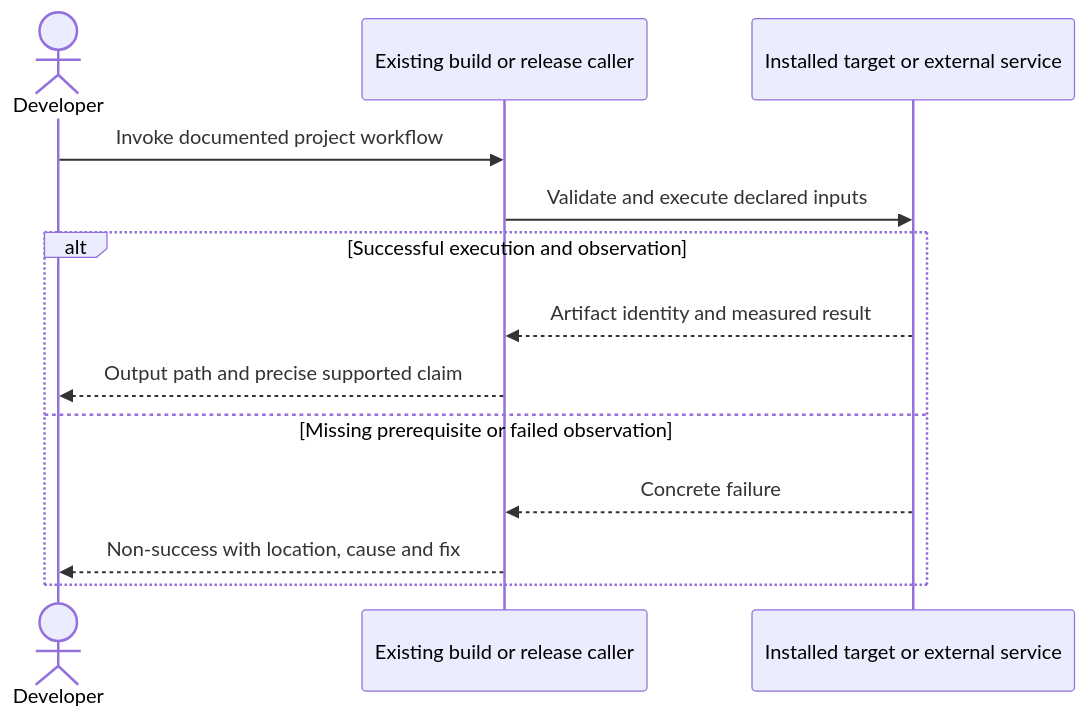
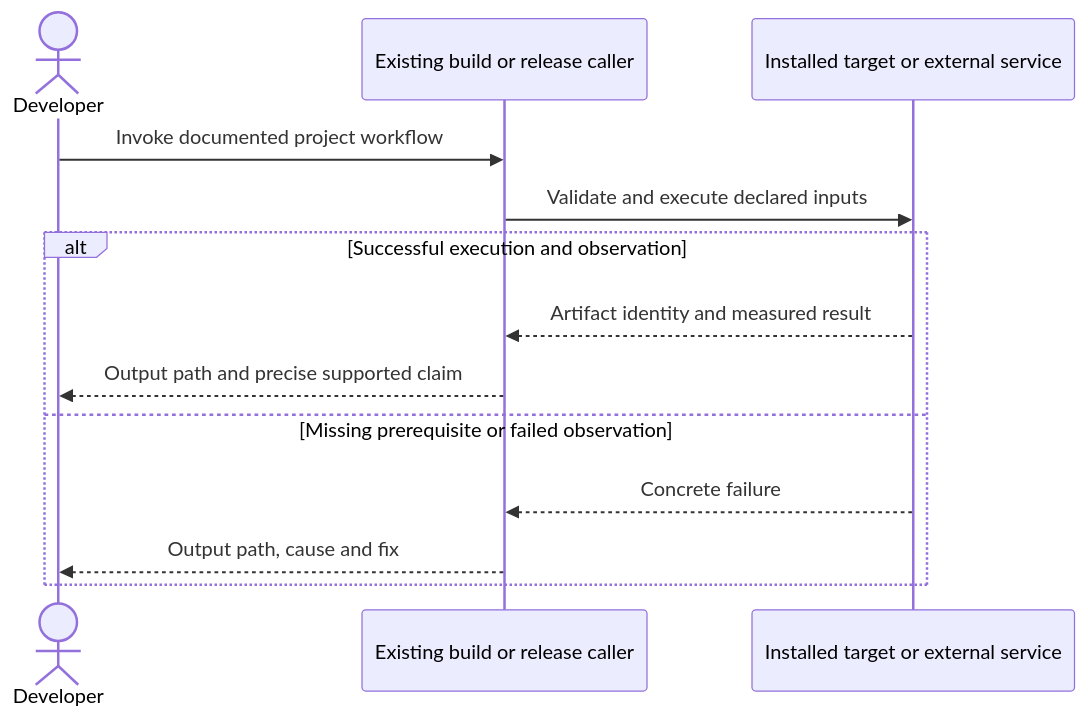
The second of 2 diagrams in docs/PRDs/production-readiness/PRD-365-consumer-desktop-distribution.md (ThreeNativeHQ/threenative), drawn with Mermaid before and after one commit. The commit also changed other lines of this file and 2 other files, not shown here.

````diff
--- a/docs/PRDs/production-readiness/PRD-365-consumer-desktop-distribution.md
+++ b/docs/PRDs/production-readiness/PRD-365-consumer-desktop-distribution.md
@@ -44,15 +54,15 @@
 ```mermaid
 sequenceDiagram
     actor Developer
     participant CLI as Existing build or release caller
     participant Target as Installed target or external service
     Developer->>CLI: Invoke documented project workflow
     CLI->>Target: Validate and execute declared inputs
     alt Successful execution and observation
         Target-->>CLI: Artifact identity and measured result
         CLI-->>Developer: Output path and precise supported claim
     else Missing prerequisite or failed observation
         Target-->>CLI: Concrete failure
-        CLI-->>Developer: Non-success with location, cause and fix
+        CLI-->>Developer: Output path, cause and fix
     end
 ```
````
